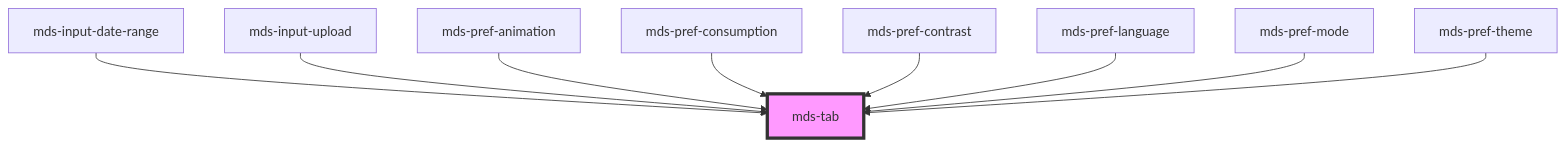
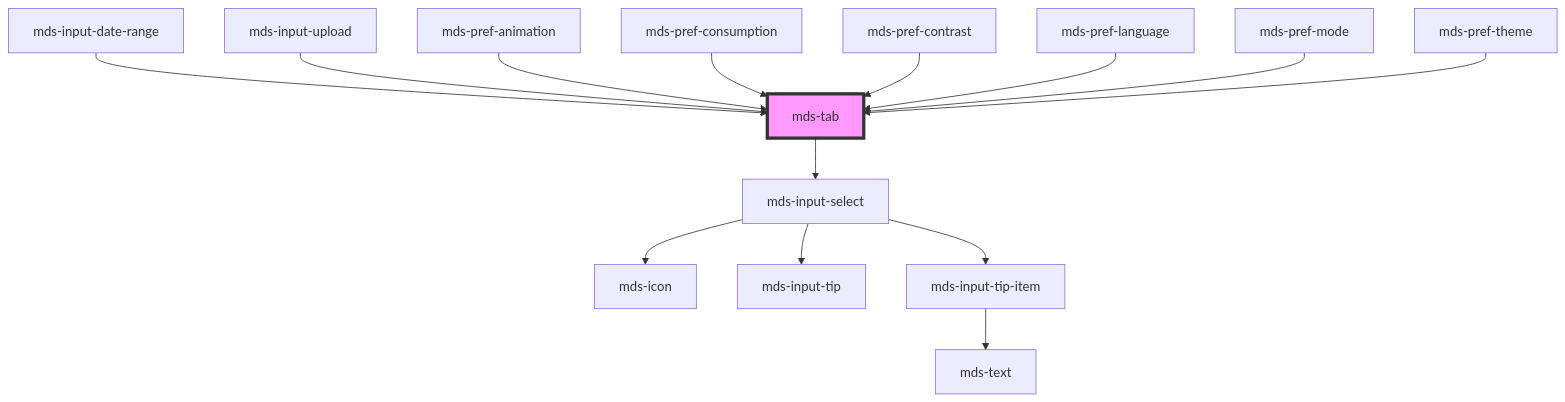
The diagram in projects/stencil/src/components/mds-tab/readme.md (magma-design-system/magma), drawn with Mermaid before and after one commit. The commit also changed other lines of this file and 21 other files, not shown here.

First line of the commit message:
feat(mds-tab): show the tabs as a select on a narrow container with narrow="select"

````diff
--- a/projects/stencil/src/components/mds-tab/readme.md
+++ b/projects/stencil/src/components/mds-tab/readme.md
@@ -537,12 +598,17 @@
 ```mermaid
 graph TD;
+  mds-tab --> mds-input-select
+  mds-input-select --> mds-icon
+  mds-input-select --> mds-input-tip
+  mds-input-select --> mds-input-tip-item
+  mds-input-tip-item --> mds-text
   mds-input-date-range --> mds-tab
   mds-input-upload --> mds-tab
   mds-pref-animation --> mds-tab
   mds-pref-consumption --> mds-tab
   mds-pref-contrast --> mds-tab
   mds-pref-language --> mds-tab
   mds-pref-mode --> mds-tab
   mds-pref-theme --> mds-tab
   style mds-tab fill:#f9f,stroke:#333,stroke-width:4px
 ```
````
